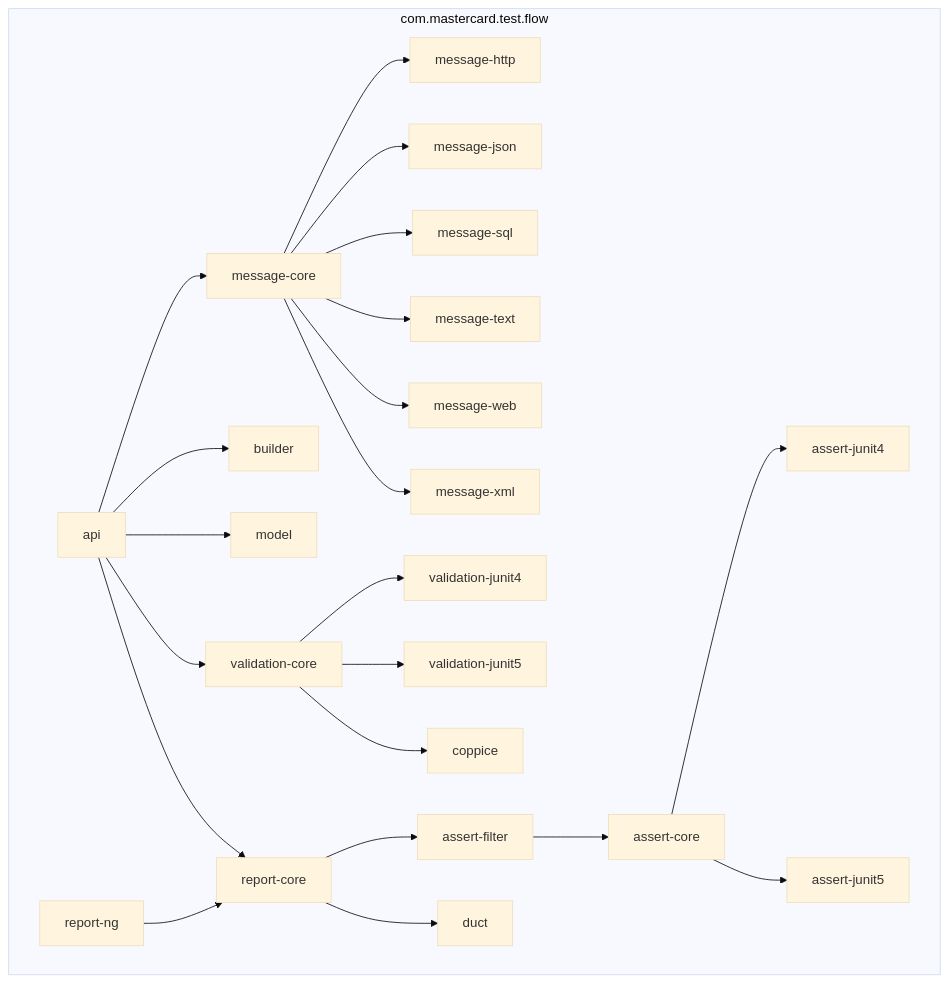
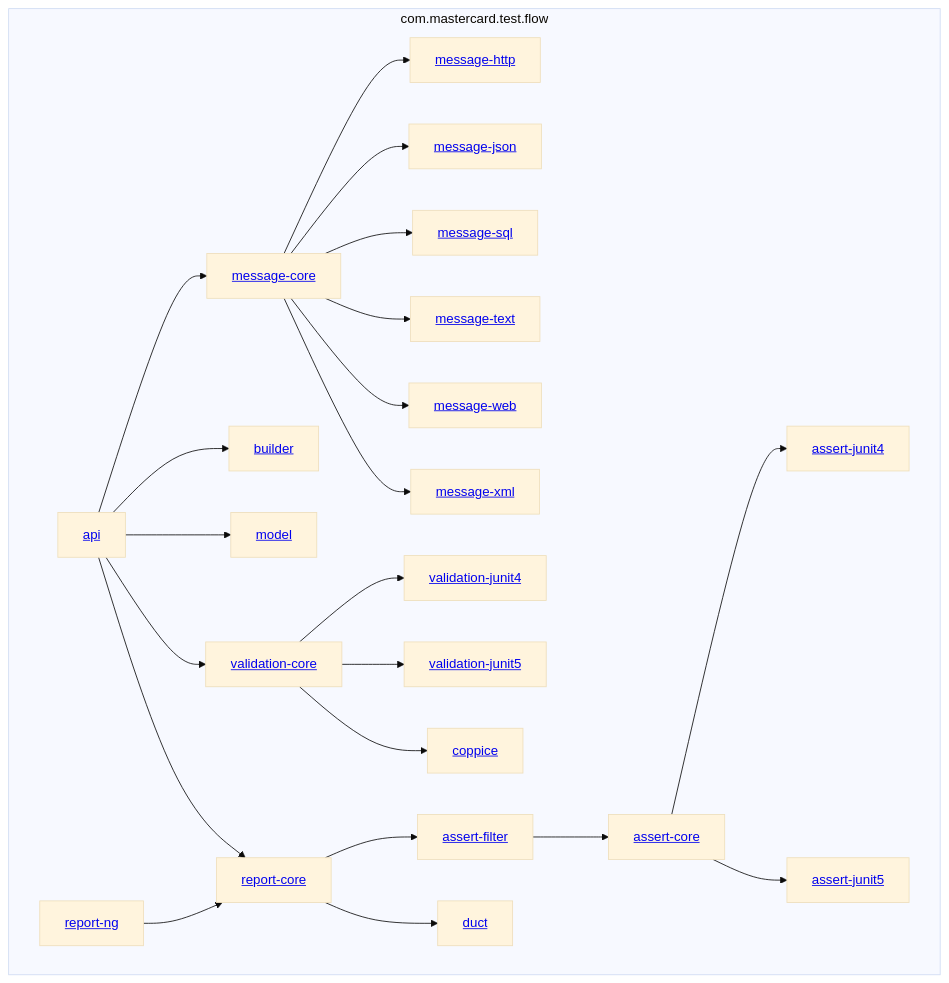
The diagram in README.md (Mastercard/flow), drawn with Mermaid (base theme) before and after one commit. The commit also changed 2 other files, not shown here.

Commit message:
Added links to modules from mermaid

````diff
--- a/README.md
+++ b/README.md
@@ -50,46 +50,46 @@
 ```mermaid
 graph TB
   subgraph com.mastercard.test.flow
-    api
-    assert-core
-    assert-filter
-    assert-junit4
-    assert-junit5
-    builder
-    coppice
-    duct
-    message-core
-    message-http
-    message-json
-    message-sql
-    message-text
-    message-web
-    message-xml
-    model
-    report-core
-    report-ng
-    validation-core
-    validation-junit4
-    validation-junit5
+    api[<a href='api'>api</a>]
+    assert-core[<a href='assert/assert-core'>assert-core</a>]
+    assert-filter[<a href='assert/assert-filter'>assert-filter</a>]
+    assert-junit4[<a href='assert/assert-junit4'>assert-junit4</a>]
+    assert-junit5[<a href='assert/assert-junit5'>assert-junit5</a>]
+    builder[<a href='builder'>builder</a>]
+    coppice[<a href='validation/coppice'>coppice</a>]
+    duct[<a href='report/duct'>duct</a>]
+    message-core[<a href='message/message-core'>message-core</a>]
+    message-http[<a href='message/message-http'>message-http</a>]
+    message-json[<a href='message/message-json'>message-json</a>]
+    message-sql[<a href='message/message-sql'>message-sql</a>]
+    message-text[<a href='message/message-text'>message-text</a>]
+    message-web[<a href='message/message-web'>message-web</a>]
+    message-xml[<a href='message/message-xml'>message-xml</a>]
+    model[<a href='model'>model</a>]
+    report-core[<a href='report/report-core'>report-core</a>]
+    report-ng[<a href='report/report-ng'>report-ng</a>]
+    validation-core[<a href='validation/validation-core'>validation-core</a>]
+    validation-junit4[<a href='validation/validation-junit4'>validation-junit4</a>]
+    validation-junit5[<a href='validation/validation-junit5'>validation-junit5</a>]
   end
   api --> message-core
   api --> builder
   api --> model
   api --> validation-core
   api --> report-core
   assert-core --> assert-junit4
   assert-core --> assert-junit5
   assert-filter --> assert-core
   message-core --> message-http
   message-core --> message-json
   message-core --> message-sql
   message-core --> message-text
   message-core --> message-web
   message-core --> message-xml
   report-core --> assert-filter
   report-core --> duct
   report-ng --> report-core
   validation-core --> validation-junit4
   validation-core --> validation-junit5
   validation-core --> coppice
 ```
````
